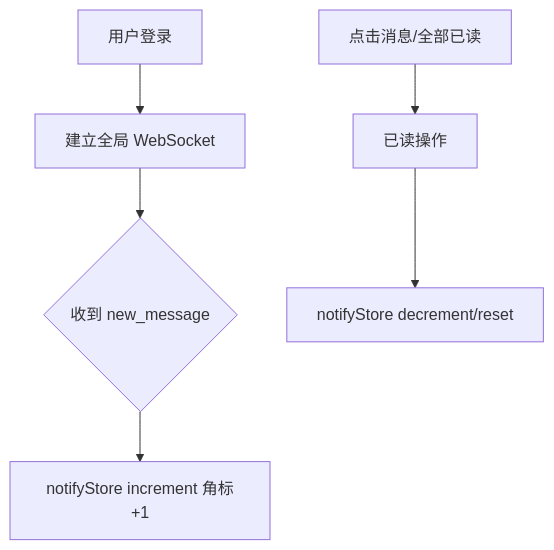
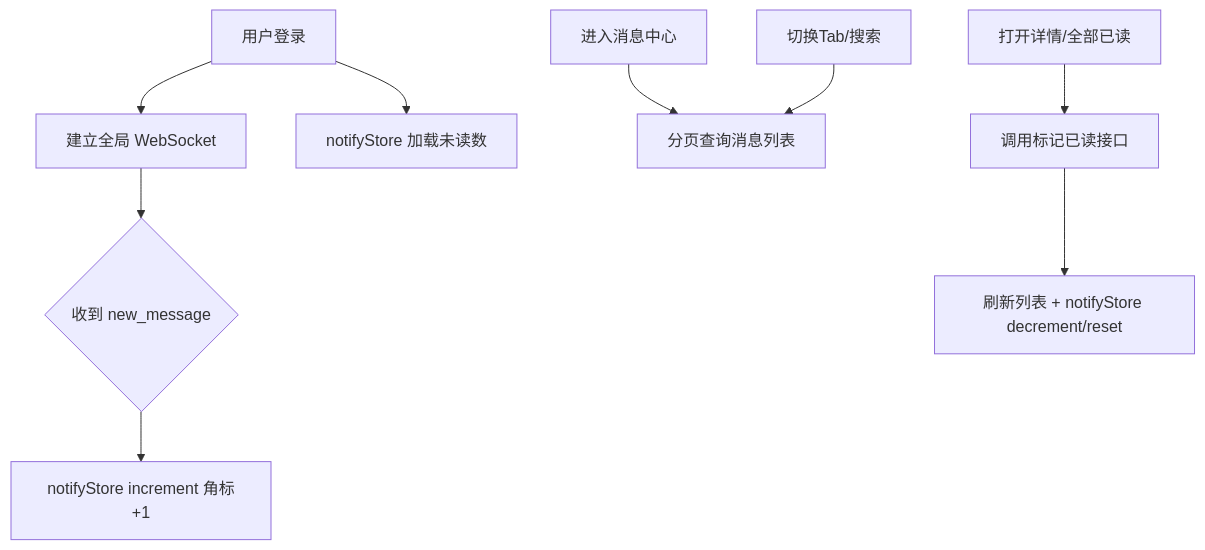
One commit to earthy-zinc/dehaze-system changed the second of 2 diagrams in dehaze-doc/docs/03-模块设计/基础模块/消息通知/前端实现.md. Above: the diagram before and after it, drawn with Mermaid. The commit also changed other lines of this file and 694 other files, not shown here.

````diff
--- a/dehaze-doc/docs/03-模块设计/基础模块/消息通知/前端实现.md
+++ b/dehaze-doc/docs/03-模块设计/基础模块/消息通知/前端实现.md
@@ -105,8 +69,11 @@
 ```mermaid
 flowchart TD
     A[用户登录] --> B[建立全局 WebSocket]
-    B --> C{收到 new_message}
-    C --> D[notifyStore increment 角标+1]
-    E[点击消息/全部已读] --> F[已读操作]
-    F --> G[notifyStore decrement/reset]
+    A --> C[notifyStore 加载未读数]
+    B --> D{收到 new_message}
+    D --> E[notifyStore increment 角标+1]
+    F[进入消息中心] --> G[分页查询消息列表]
+    H[切换Tab/搜索] --> G
+    I[打开详情/全部已读] --> J[调用标记已读接口]
+    J --> K[刷新列表 + notifyStore decrement/reset]
 ```
````
